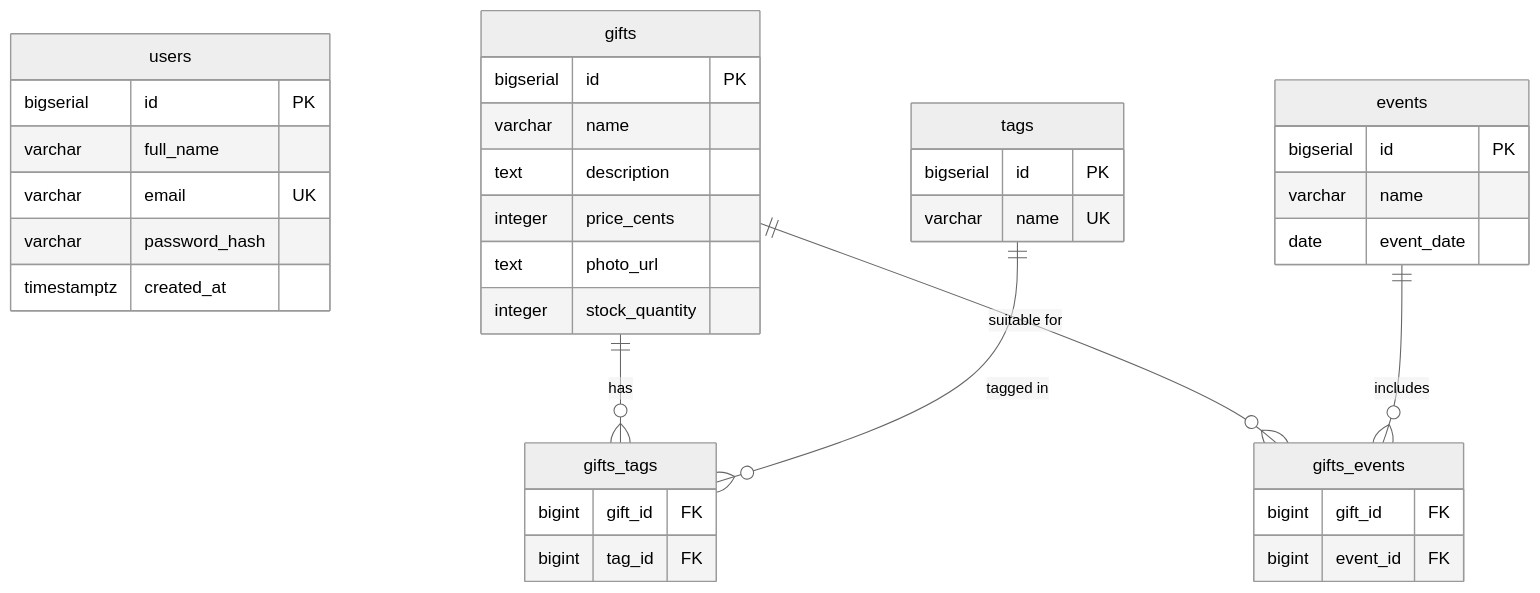
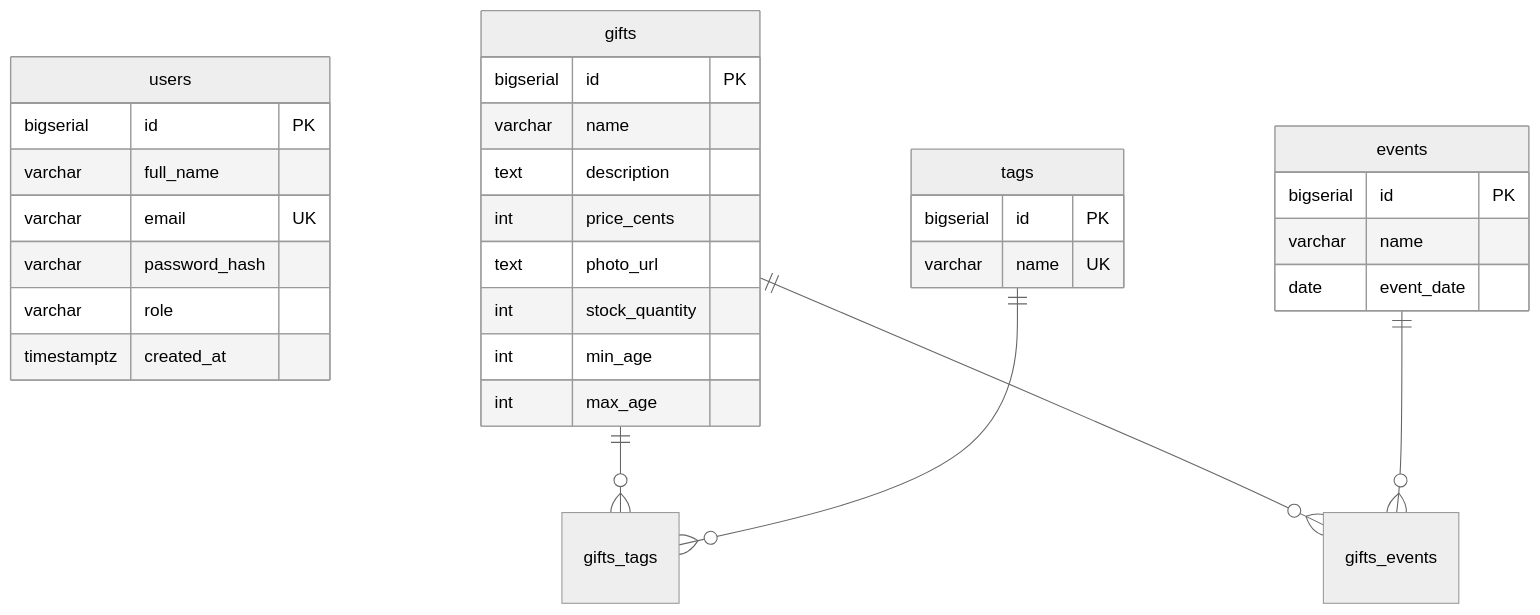
One commit to yullitv/gift-selection-catalog changed the diagram in README.md. Above: the diagram before and after it, drawn with Mermaid (neutral theme). The commit also changed other lines of this file, not shown here.

````diff
--- a/README.md
+++ b/README.md
@@ -34,45 +39,38 @@
 ```mermaid
 erDiagram
     users {
         bigserial id PK
         varchar full_name
         varchar email UK
         varchar password_hash
+        varchar role
         timestamptz created_at
     }
 
     gifts {
         bigserial id PK
         varchar name
         text description
-        integer price_cents
+        int price_cents
         text photo_url
-        integer stock_quantity
+        int stock_quantity
+        int min_age
+        int max_age
     }
 
     tags {
         bigserial id PK
         varchar name UK
     }
 
     events {
         bigserial id PK
         varchar name
         date event_date
     }
 
-    gifts_tags {
-        bigint gift_id FK
-        bigint tag_id FK
-    }
-
-    gifts_events {
-        bigint gift_id FK
-        bigint event_id FK
-    }
-
-    gifts ||--o{ gifts_tags : "has"
-    tags ||--o{ gifts_tags : "tagged in"
-    gifts ||--o{ gifts_events : "suitable for"
-    events ||--o{ gifts_events : "includes"
+    gifts ||--o{ gifts_tags : ""
+    tags ||--o{ gifts_tags : ""
+    gifts ||--o{ gifts_events : ""
+    events ||--o{ gifts_events : ""
 ```
````
